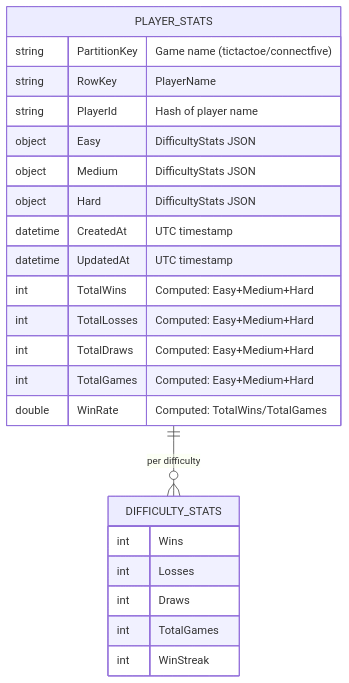
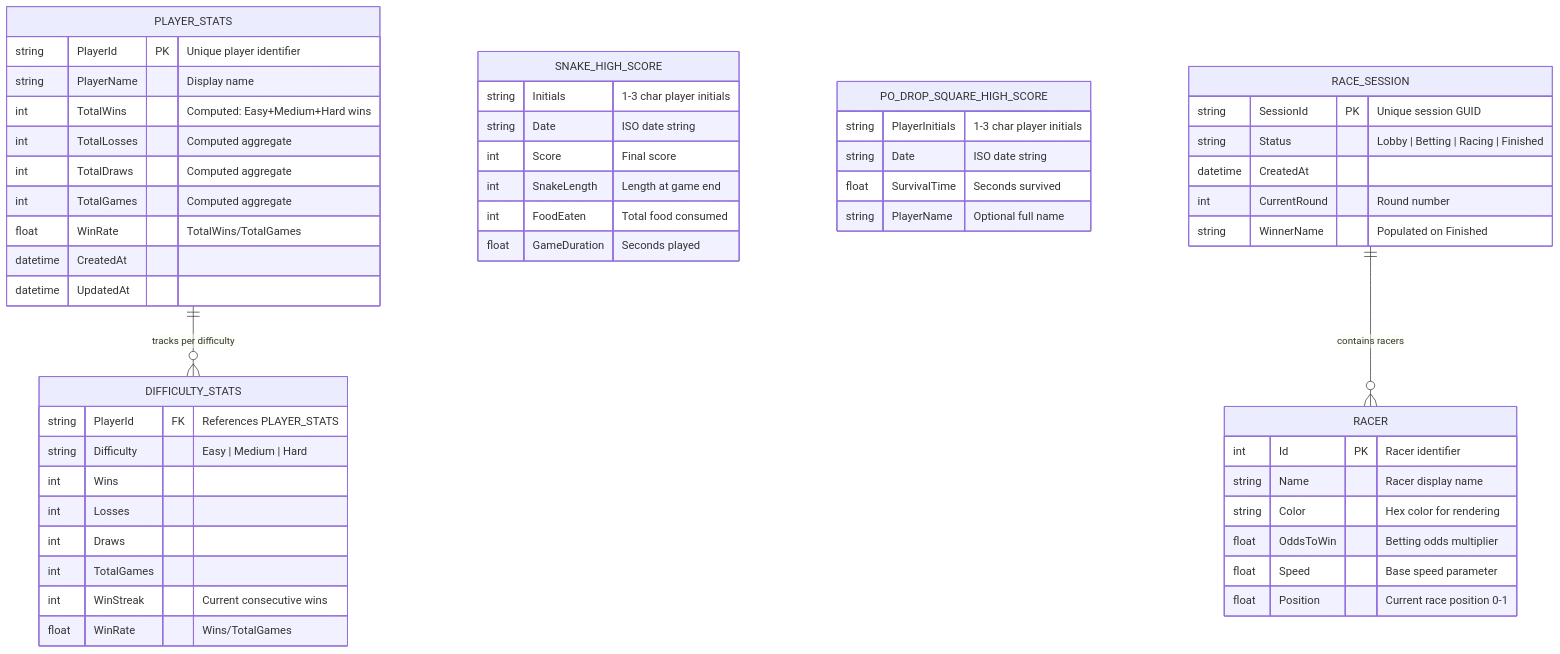
The diagram in docs/DataModel.mmd (punkouter26/PoMiniGames), drawn with Mermaid before and after one commit. The commit also changed other lines of this file and 209 other files, not shown here.

````diff
--- a/docs/DataModel.mmd
+++ b/docs/DataModel.mmd
@@ -33,31 +1,59 @@
-```mermaid
 erDiagram
     PLAYER_STATS {
-        string PartitionKey "Game name (tictactoe/connectfive)"
-        string RowKey "PlayerName"
-        string PlayerId "Hash of player name"
-        object Easy "DifficultyStats JSON"
-        object Medium "DifficultyStats JSON"
-        object Hard "DifficultyStats JSON"
-        datetime CreatedAt "UTC timestamp"
-        datetime UpdatedAt "UTC timestamp"
+        string PlayerId PK "Unique player identifier"
+        string PlayerName "Display name"
+        int TotalWins "Computed: Easy+Medium+Hard wins"
+        int TotalLosses "Computed aggregate"
+        int TotalDraws "Computed aggregate"
+        int TotalGames "Computed aggregate"
+        float WinRate "TotalWins/TotalGames"
+        datetime CreatedAt
+        datetime UpdatedAt
     }
-    
+
     DIFFICULTY_STATS {
+        string PlayerId FK "References PLAYER_STATS"
+        string Difficulty "Easy | Medium | Hard"
         int Wins
         int Losses
         int Draws
         int TotalGames
-        int WinStreak
+        int WinStreak "Current consecutive wins"
+        float WinRate "Wins/TotalGames"
     }
-    
-    PLAYER_STATS {
-        int TotalWins "Computed: Easy+Medium+Hard"
-        int TotalLosses "Computed: Easy+Medium+Hard"
-        int TotalDraws "Computed: Easy+Medium+Hard"
-        int TotalGames "Computed: Easy+Medium+Hard"
-        double WinRate "Computed: TotalWins/TotalGames"
+
+    SNAKE_HIGH_SCORE {
+        string Initials "1-3 char player initials"
+        string Date "ISO date string"
+        int Score "Final score"
+        int SnakeLength "Length at game end"
+        int FoodEaten "Total food consumed"
+        float GameDuration "Seconds played"
     }
-    
-    PLAYER_STATS ||--o{ DIFFICULTY_STATS : "per difficulty"
-```
+
+    PO_DROP_SQUARE_HIGH_SCORE {
+        string PlayerInitials "1-3 char player initials"
+        string Date "ISO date string"
+        float SurvivalTime "Seconds survived"
+        string PlayerName "Optional full name"
+    }
+
+    RACER {
+        int Id PK "Racer identifier"
+        string Name "Racer display name"
+        string Color "Hex color for rendering"
+        float OddsToWin "Betting odds multiplier"
+        float Speed "Base speed parameter"
+        float Position "Current race position 0-1"
+    }
+
+    RACE_SESSION {
+        string SessionId PK "Unique session GUID"
+        string Status "Lobby | Betting | Racing | Finished"
+        datetime CreatedAt
+        int CurrentRound "Round number"
+        string WinnerName "Populated on Finished"
+    }
+
+    PLAYER_STATS ||--o{ DIFFICULTY_STATS : "tracks per difficulty"
+    RACE_SESSION ||--o{ RACER : "contains racers"
````
